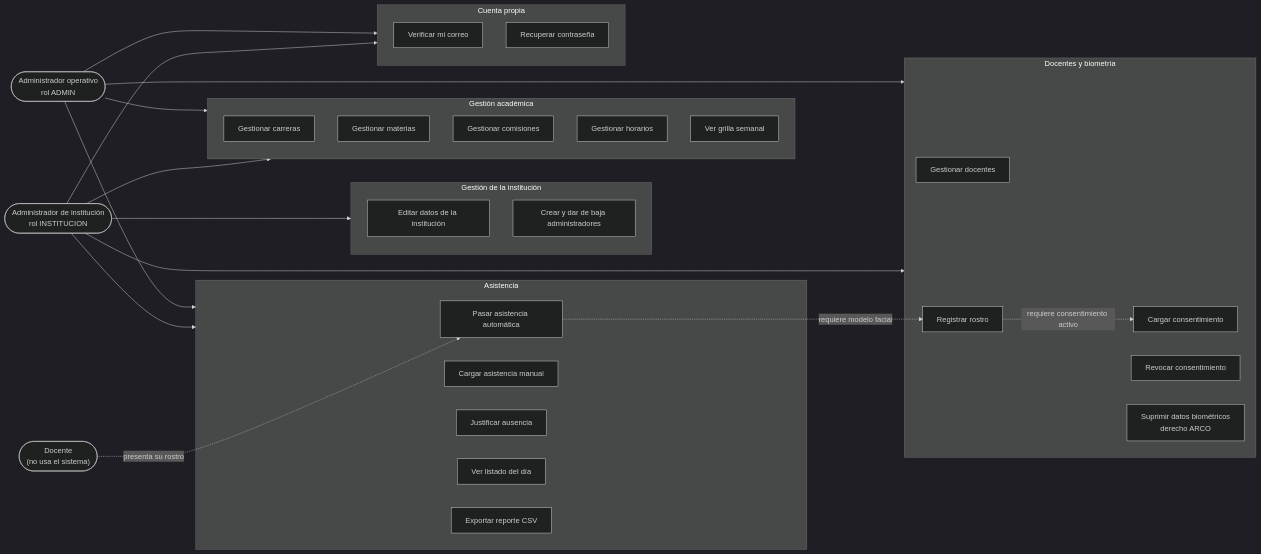
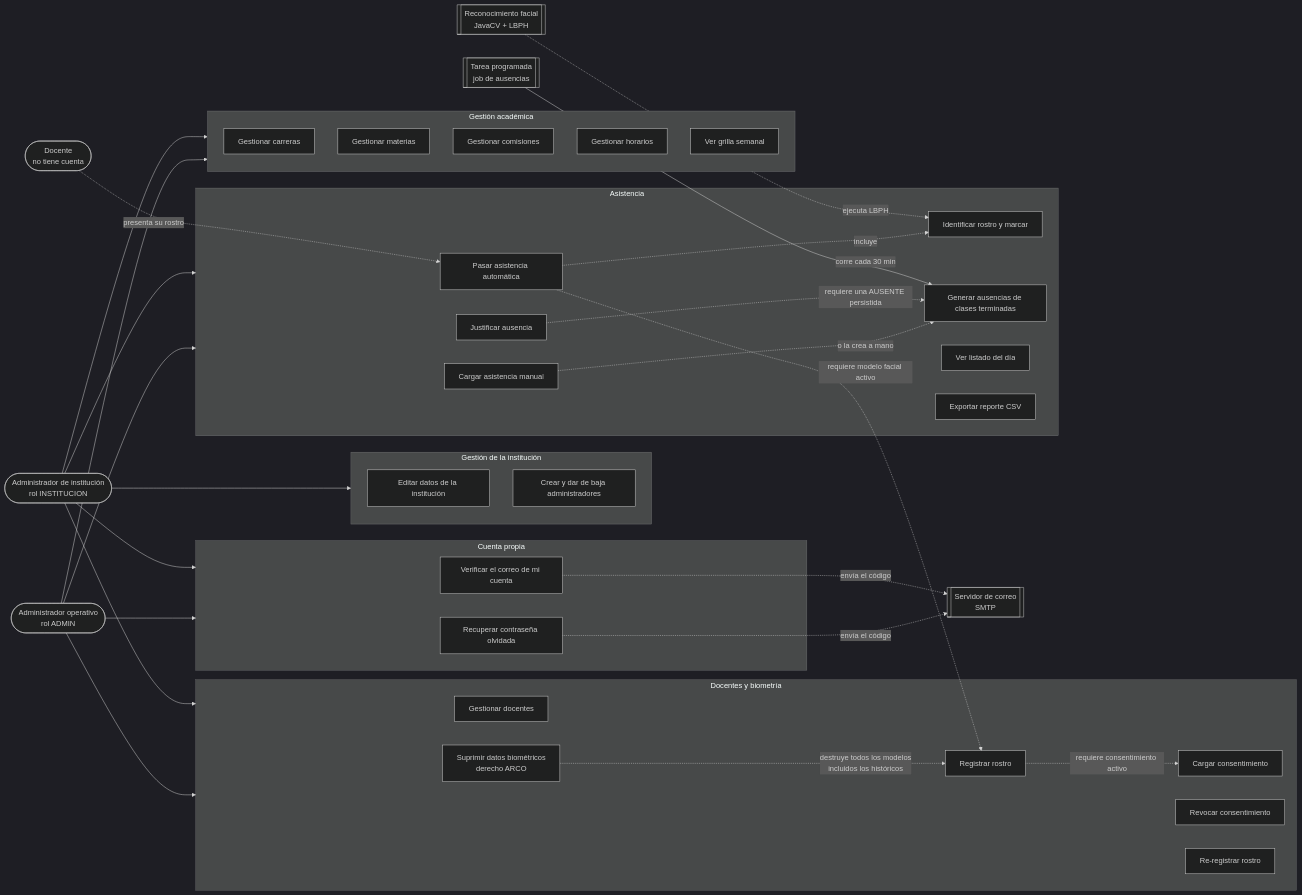
The second of 3 diagrams in docs/5-diagramas/diagramas.md (fran-q/asistencias-docente), drawn with Mermaid (dark theme) before and after one commit. The commit also changed other lines of this file and 10 other files, not shown here.

First line of the commit message:
docs(diagramas): dejar Mermaid como unica fuente y eliminar los .puml

````diff
--- a/docs/5-diagramas/diagramas.md
+++ b/docs/5-diagramas/diagramas.md
@@ -169,54 +169,69 @@
 ```mermaid
 flowchart LR
     INST(["Administrador de institución<br/>rol INSTITUCION"])
     ADMIN(["Administrador operativo<br/>rol ADMIN"])
-    DOC(["Docente<br/>(no usa el sistema)"])
+    DOC(["Docente<br/>no tiene cuenta"])
+    SYS[["Reconocimiento facial<br/>JavaCV + LBPH"]]
+    JOB[["Tarea programada<br/>job de ausencias"]]
+    SMTP[["Servidor de correo<br/>SMTP"]]
 
     subgraph GI["Gestión de la institución"]
         UC1["Editar datos de la institución"]
         UC2["Crear y dar de baja administradores"]
+    end
+
+    subgraph CU["Cuenta propia"]
+        UC18["Verificar el correo de mi cuenta"]
+        UC19["Recuperar contraseña olvidada"]
     end
 
     subgraph GA["Gestión académica"]
         UC3["Gestionar carreras"]
         UC4["Gestionar materias"]
         UC5["Gestionar comisiones"]
         UC6["Gestionar horarios"]
         UC7["Ver grilla semanal"]
     end
 
     subgraph DB["Docentes y biometría"]
         UC8["Gestionar docentes"]
         UC9["Cargar consentimiento"]
         UC10["Revocar consentimiento"]
         UC11["Registrar rostro"]
+        UC11b["Re-registrar rostro"]
         UC12["Suprimir datos biométricos<br/>derecho ARCO"]
     end
 
     subgraph AS["Asistencia"]
         UC13["Pasar asistencia automática"]
+        UC13b["Identificar rostro y marcar"]
         UC14["Cargar asistencia manual"]
+        UC20["Generar ausencias de clases terminadas"]
         UC15["Justificar ausencia"]
         UC16["Ver listado del día"]
         UC17["Exportar reporte CSV"]
-    end
-
-    subgraph CU["Cuenta propia"]
-        UC18["Verificar mi correo"]
-        UC19["Recuperar contraseña"]
     end
 
     INST --> GI
     INST --> GA
     INST --> DB
     INST --> AS
     INST --> CU
     ADMIN --> GA
     ADMIN --> DB
     ADMIN --> AS
     ADMIN --> CU
+
     DOC -. presenta su rostro .-> UC13
+    JOB -- corre cada 30 min --> UC20
+    SYS -. ejecuta LBPH .-> UC13b
+    UC18 -. envía el código .-> SMTP
+    UC19 -. envía el código .-> SMTP
 
+    UC13 -. incluye .-> UC13b
     UC11 -. requiere consentimiento activo .-> UC9
-    UC13 -. requiere modelo facial .-> UC11
+    UC13 -. requiere modelo facial activo .-> UC11
+    UC12 -. destruye todos los modelos<br/>incluidos los históricos .-> UC11
+    UC15 -. requiere una AUSENTE persistida .-> UC20
+    UC14 -. o la crea a mano .-> UC20
 ```
````
